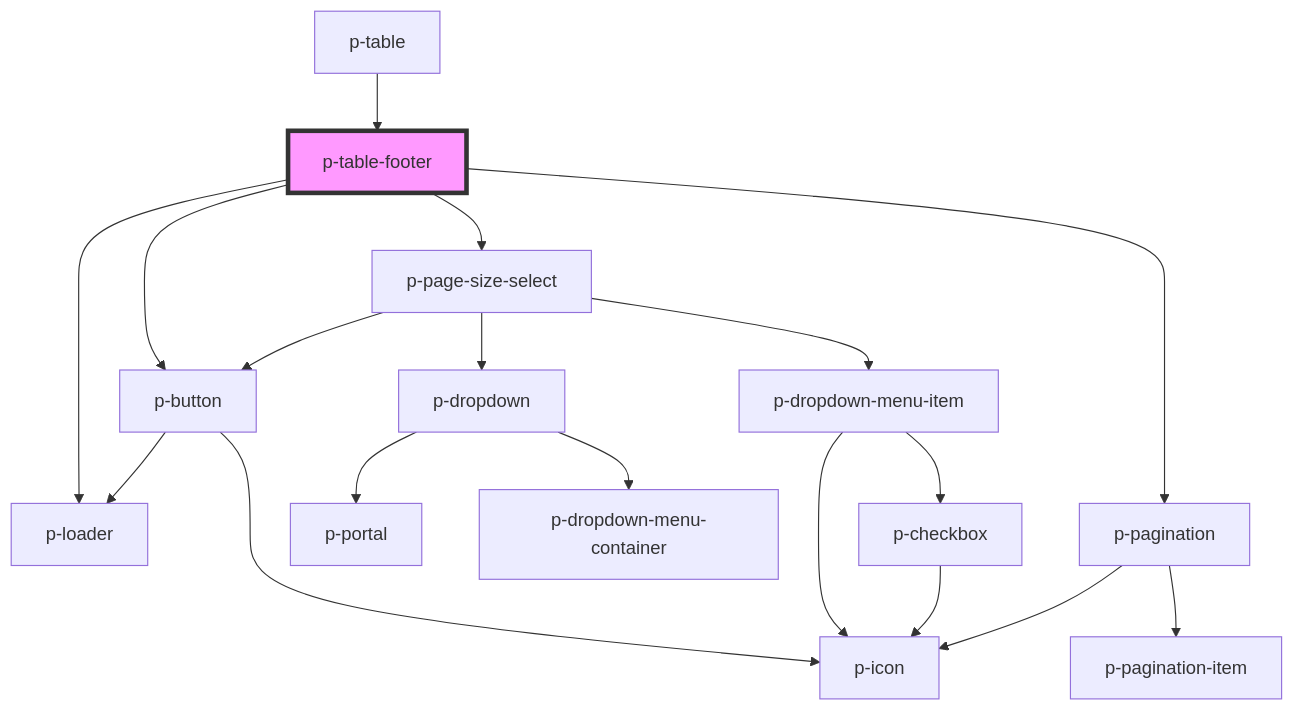
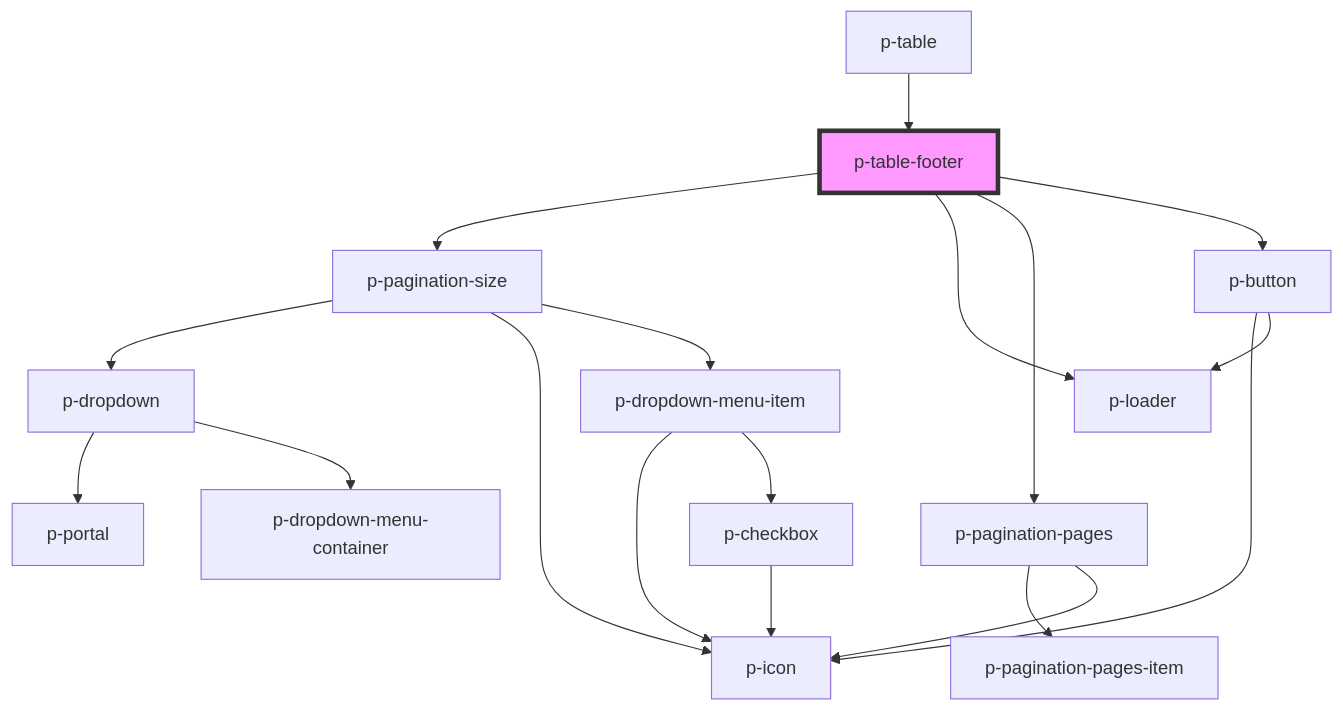
One commit to Employes/Paperless changed the diagram in packages/core/src/components/molecules/table-footer/readme.md. Above: the diagram before and after it, drawn with Mermaid. The commit also changed other lines of this file and 49 other files, not shown here.

Commit message:
refactor(molecules/pagination): Apply rebranding & rename page-size-select to pagination-size

````diff
--- a/packages/core/src/components/molecules/table-footer/readme.md
+++ b/packages/core/src/components/molecules/table-footer/readme.md
@@ -46,21 +46,21 @@
 ```mermaid
 graph TD;
-  p-table-footer --> p-page-size-select
+  p-table-footer --> p-pagination-size
   p-table-footer --> p-loader
-  p-table-footer --> p-pagination
+  p-table-footer --> p-pagination-pages
   p-table-footer --> p-button
-  p-page-size-select --> p-dropdown
-  p-page-size-select --> p-button
-  p-page-size-select --> p-dropdown-menu-item
+  p-pagination-size --> p-dropdown
+  p-pagination-size --> p-icon
+  p-pagination-size --> p-dropdown-menu-item
   p-dropdown --> p-portal
   p-dropdown --> p-dropdown-menu-container
-  p-button --> p-icon
-  p-button --> p-loader
   p-dropdown-menu-item --> p-icon
   p-dropdown-menu-item --> p-checkbox
   p-checkbox --> p-icon
-  p-pagination --> p-pagination-item
-  p-pagination --> p-icon
+  p-pagination-pages --> p-pagination-pages-item
+  p-pagination-pages --> p-icon
+  p-button --> p-icon
+  p-button --> p-loader
   p-table --> p-table-footer
   style p-table-footer fill:#f9f,stroke:#333,stroke-width:4px
 ```
````
